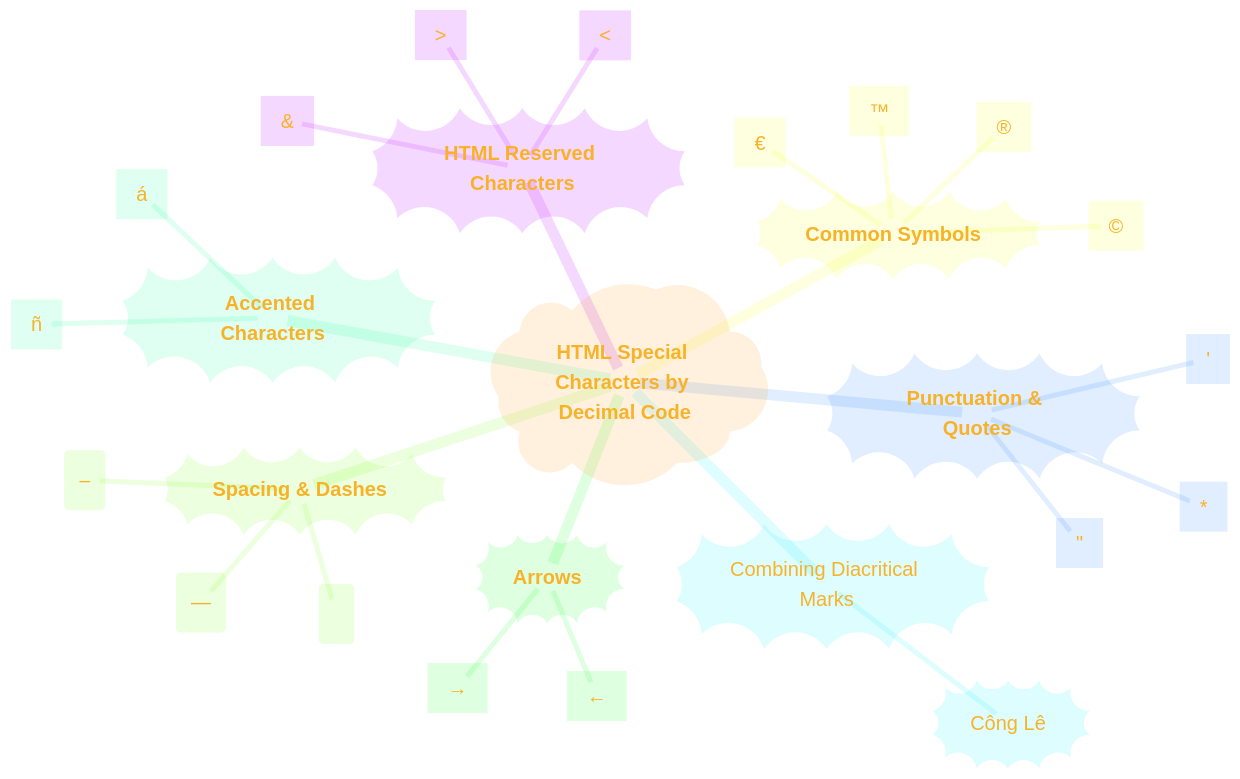
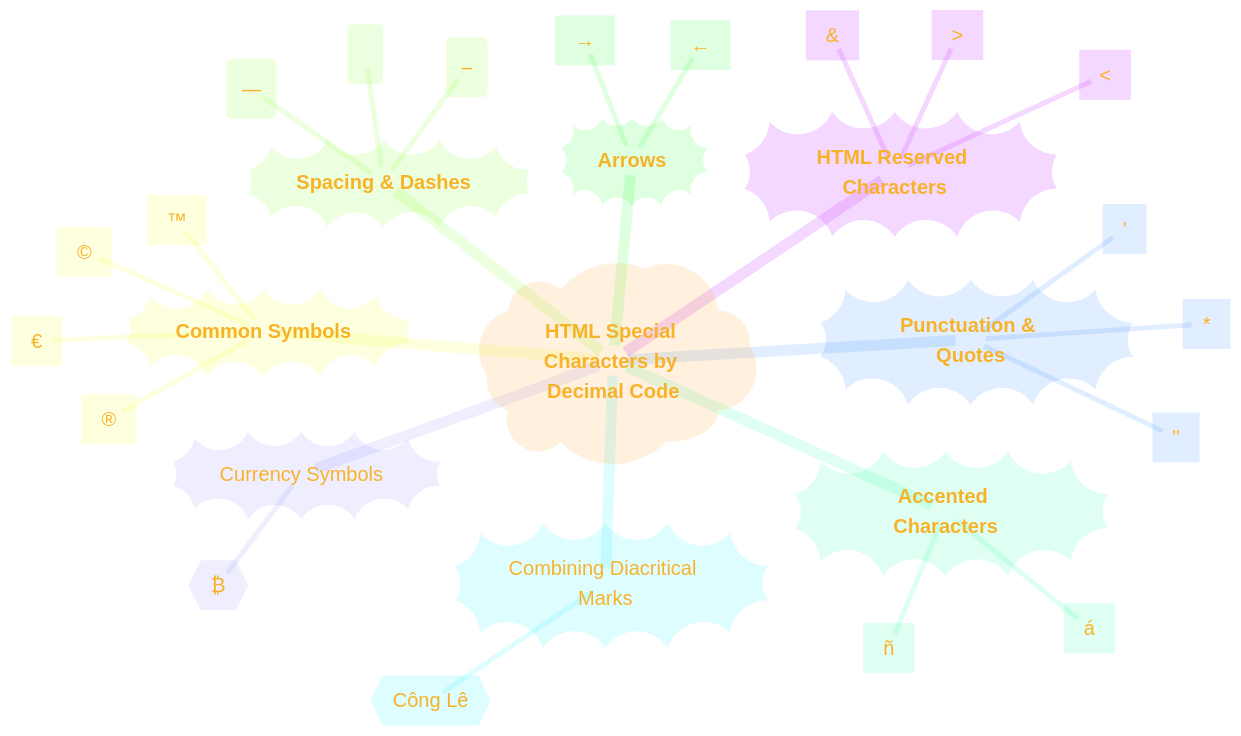
Before and after one commit to CongLeSolutionX/MY_GRAPHIC_ASSETS: the fifth of 6 diagrams in Designing_Graphic_Syntax/HTML_Entity_Number_in_decimal_representation_inside_Mermaid_diagrams.md, drawn with Mermaid.

Commit message:
update note

````diff
--- a/Designing_Graphic_Syntax/HTML_Entity_Number_in_decimal_representation_inside_Mermaid_diagrams.md
+++ b/Designing_Graphic_Syntax/HTML_Entity_Number_in_decimal_representation_inside_Mermaid_diagrams.md
@@ -299,58 +299,61 @@
 ```mermaid
 ---
 title: "HTML Entity Number Rendered inside a Mermaid Mind Map"
 author: "Cong Le"
 version: "1.0"
 license(s): "MIT, CC BY-SA 4.0"
 copyright: "Copyright © 2025 Cong Le. All Rights Reserved."
 config:
   theme: base
 ---
 %%%%%%%% Mermaid version v11.4.1-b.14
 %%{
   init: {
     'fontFamily': 'Fantasy',
     'logLevel': 'fatal',
     'mindmap': {
 	    'nodeAlign': 'center',
 	    'padding': 10
     },
     'themeVariables': {
       'primaryColor': '#FC82',
       'primaryTextColor': '#F8B229',
       'primaryBorderColor': '#27AE60',
       'secondaryColor': '#EBF3',
       'secondaryTextColor': '#6C3483',
       'secondaryBorderColor': '#A569BD',
       'fontSize': '20px'
     }
   }
 }%%
 mindmap
   root)"**HTML Special Characters by Decimal Code**"(
     HTML_Reserved_Characters))"**HTML Reserved Characters**"((
         Symbol_1["`#60;`"] %% < %% Less than sign
         Symbol_2["`#62;`"] %% > %% Greater than sign
         Symbol_3["`#38;`"] %% & %% Ampersand
     Punctuation_and_Quotes))"**Punctuation & Quotes**"((
         Symbol_1["`#34;`"] %% " %% Double quotation mark
         Symbol_2["`#39;`"] %% ' %% Single quotation mark
         Symbol_3["`#42;`"] %% * %% Asterisk symbol
     Common_Symbols))"**Common Symbols**"((
         Symbol_1["`#169;`"] %% © %% Copyright Symbol
         Symbol_2["`#174;`"] %% ® %% Registered Symbol
         Symbol_3["`#8482;`"] %% ™ %% Trademark Symbol
         Symbol_4["`#8364;`"] %% € %% Euro Symbol
     Spacing_and_Dashes))"**Spacing & Dashes**"((
         Symbol_1("`#160;`") %% Non-Breaking Space
         Symbol_2("`#8211;`") %% En Dash
         Symbol_3("`#8212;`") %% Em Dash
     Arrows))"**Arrows**"((
         Symbol_1["`#8592;`"] %% ← %% Left Arrow
         Symbol_2["`#8594;`"] %% → %% Right Arrow
     Accented_Characters))"**Accented Characters**"((
         Symbol_1["`#225;`"] %% á
         Symbol_2["`#241;`"] %% ñ
     Combining_Diacritical_Marks))"Combining Diacritical Marks"((
-        Character_1))"`Co#770;ng Le#770;`"((
+        Character_1{{"`Co#770;ng Le#770;`"}} %% Công Lê
+    Currency_Symbols))"Currency Symbols"((
+      Character_1{{"`#8383;`"}} %% ₿ %% Bitcoin Sign
+
 ```
````
